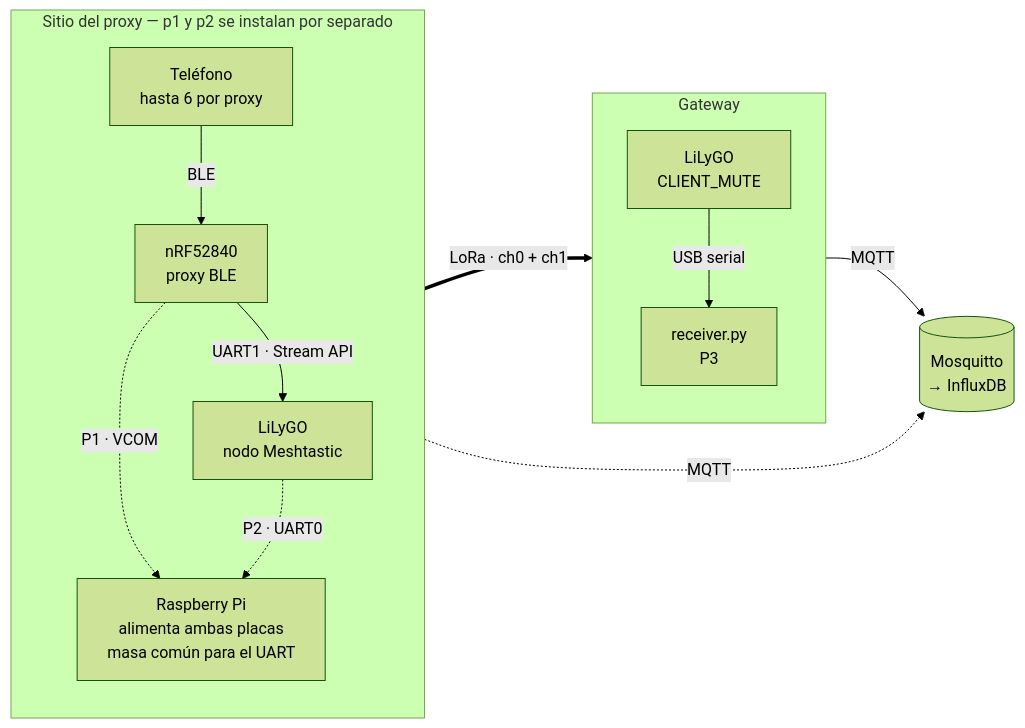
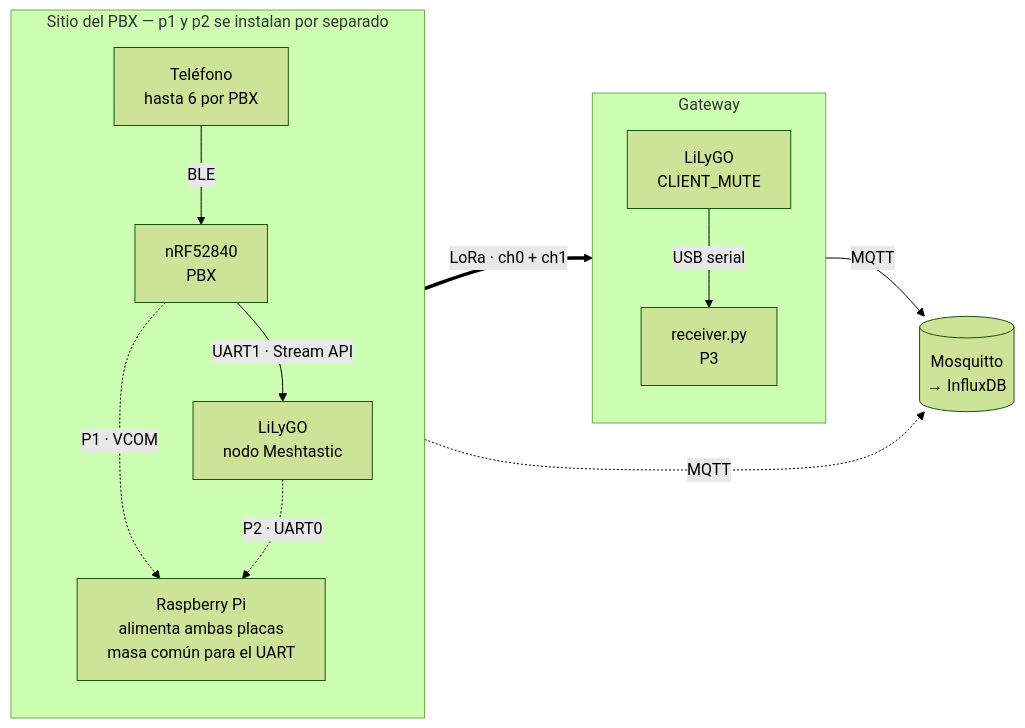
Before and after one commit to OF306PUC/meshtastic-testbed-platform: the diagram in docs/diagrams/data-flow-measurement-points.md, drawn with Mermaid (forest theme). The commit also changed other lines of this file and 34 other files, not shown here.

````diff
--- a/docs/diagrams/data-flow-measurement-points.md
+++ b/docs/diagrams/data-flow-measurement-points.md
@@ -22,26 +22,26 @@
 ```mermaid
 flowchart LR
-    subgraph sitio["Sitio del proxy — p1 y p2 se instalan por separado"]
+    subgraph sitio["Sitio del PBX — p1 y p2 se instalan por separado"]
         direction TB
-        PH["Teléfono<br/>hasta 6 por proxy"]
-        NRF["nRF52840<br/>proxy BLE"]
+        PH["Teléfono<br/>hasta 6 por PBX"]
+        NRF["nRF52840<br/>PBX"]
         LILY["LiLyGO<br/>nodo Meshtastic"]
         RPI["Raspberry Pi<br/>alimenta ambas placas<br/>masa común para el UART"]
 
         PH -->|BLE| NRF
         NRF -->|"UART1 · Stream API"| LILY
         NRF -.->|"P1 · VCOM"| RPI
         LILY -.->|"P2 · UART0"| RPI
     end
 
     subgraph base["Gateway"]
         direction TB
         GW["LiLyGO<br/>CLIENT_MUTE"]
         RX["receiver.py<br/>P3"]
         GW -->|"USB serial"| RX
     end
 
     LILY ==>|"LoRa · ch0 + ch1"| GW
     RPI -.->|MQTT| BROKER[("Mosquitto<br/>→ InfluxDB")]
     RX -->|MQTT| BROKER
 ```
````
